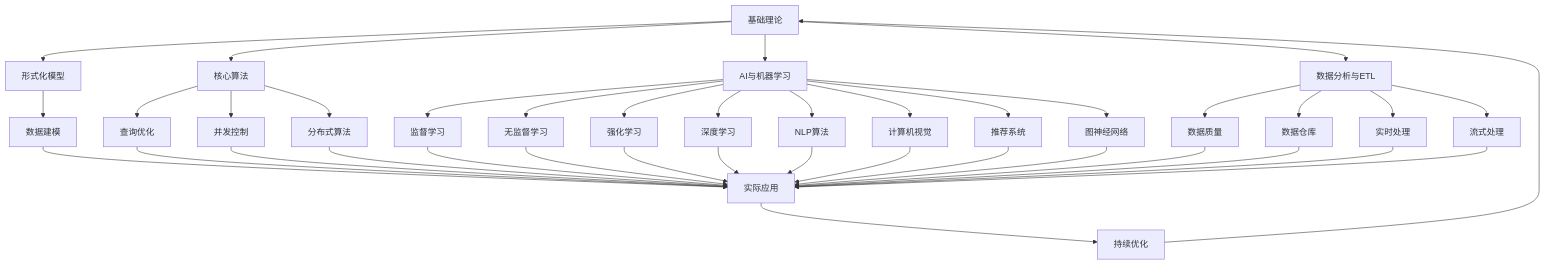
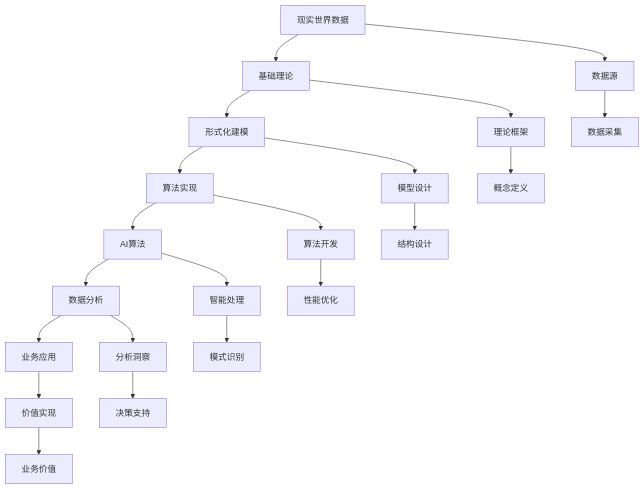
The diagram in Analysis/3-数据模型与算法/README.md (AdaMartin18010/Data-Science), drawn with Mermaid before and after one commit. The commit also changed other lines of this file and 16 other files, not shown here.

````diff
--- a/Analysis/3-数据模型与算法/README.md
+++ b/Analysis/3-数据模型与算法/README.md
@@ -64,46 +68,25 @@
 ```mermaid
 graph TB
-    A[基础理论] --> B[形式化模型]
-    A --> C[核心算法]
-    A --> D[AI与机器学习]
-    A --> E[数据分析与ETL]
+    A[现实世界数据] --> B[基础理论]
+    B --> C[形式化建模]
+    C --> D[算法实现]
+    D --> E[AI算法]
+    E --> F[数据分析]
+    F --> G[业务应用]
     
-    B --> F[数据建模]
-    C --> G[查询优化]
-    C --> H[并发控制]
-    C --> I[分布式算法]
+    A --> H[数据源]
+    B --> I[理论框架]
+    C --> J[模型设计]
+    D --> K[算法开发]
+    E --> L[智能处理]
+    F --> M[分析洞察]
+    G --> N[价值实现]
     
-    D --> J[监督学习]
-    D --> K[无监督学习]
-    D --> L[强化学习]
-    D --> M[深度学习]
-    D --> N[NLP算法]
-    D --> O[计算机视觉]
-    D --> P[推荐系统]
-    D --> Q[图神经网络]
-    
-    E --> R[数据质量]
-    E --> S[数据仓库]
-    E --> T[实时处理]
-    E --> U[流式处理]
-    
-    F --> V[实际应用]
-    G --> V
-    H --> V
-    I --> V
-    J --> V
-    K --> V
-    L --> V
-    M --> V
-    N --> V
-    O --> V
-    P --> V
-    Q --> V
-    R --> V
-    S --> V
-    T --> V
-    U --> V
-    
-    V --> W[持续优化]
-    W --> A
+    H --> O[数据采集]
+    I --> P[概念定义]
+    J --> Q[结构设计]
+    K --> R[性能优化]
+    L --> S[模式识别]
+    M --> T[决策支持]
+    N --> U[业务价值]
 ```
````
